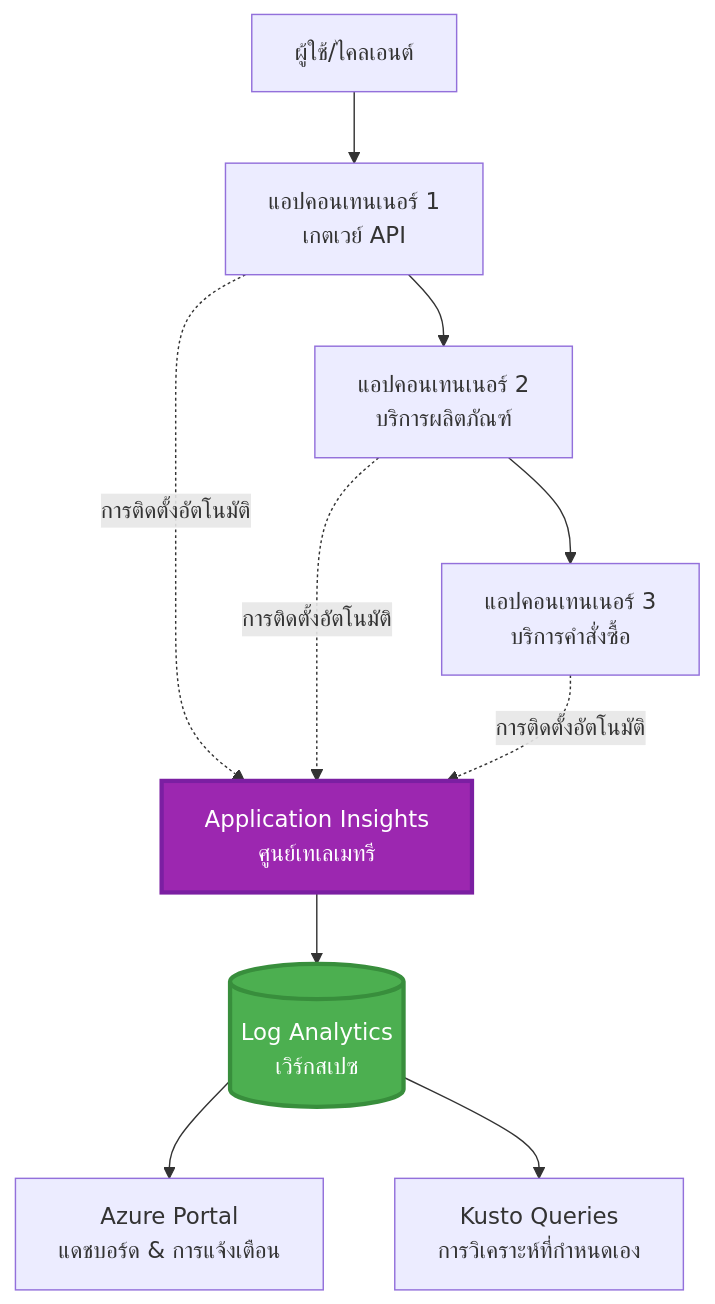
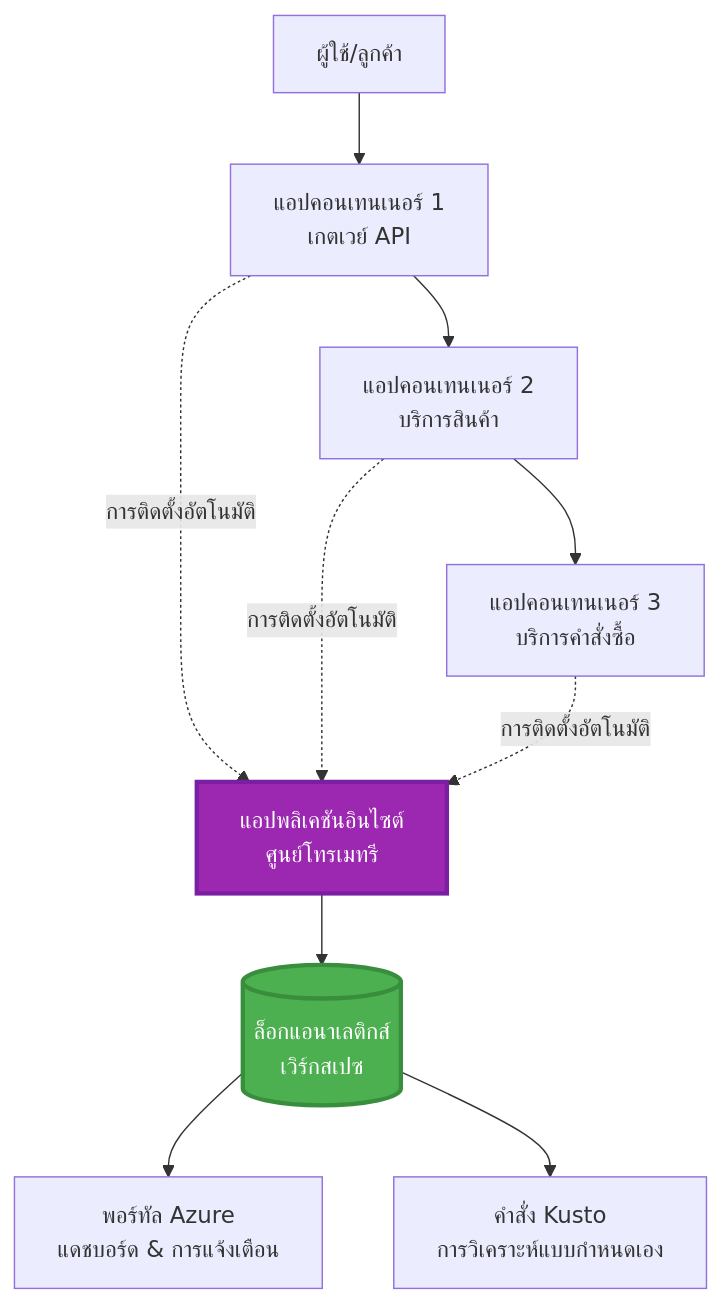
One commit to microsoft/AZD-for-beginners changed the first of 2 diagrams in translations/th/docs/chapter-06-pre-deployment/application-insights.md. Above: the diagram before and after it, drawn with Mermaid. The commit also changed other lines of this file and 101 other files, not shown here.

````diff
--- a/translations/th/docs/chapter-06-pre-deployment/application-insights.md
+++ b/translations/th/docs/chapter-06-pre-deployment/application-insights.md
@@ -58,28 +58,28 @@
 ```mermaid
 graph TB
-    User[ผู้ใช้/ไคลเอนต์]
+    User[ผู้ใช้/ลูกค้า]
     App1[แอปคอนเทนเนอร์ 1<br/>เกตเวย์ API]
-    App2[แอปคอนเทนเนอร์ 2<br/>บริการผลิตภัณฑ์]
+    App2[แอปคอนเทนเนอร์ 2<br/>บริการสินค้า]
     App3[แอปคอนเทนเนอร์ 3<br/>บริการคำสั่งซื้อ]
     
-    AppInsights[Application Insights<br/>ศูนย์เทเลเมทรี]
-    LogAnalytics[(Log Analytics<br/>เวิร์กสเปซ)]
+    AppInsights[แอปพลิเคชันอินไซต์<br/>ศูนย์โทรเมทรี]
+    LogAnalytics[(ล็อกแอนาเลติกส์<br/>เวิร์กสเปซ)]
     
-    Portal[Azure Portal<br/>แดชบอร์ด & การแจ้งเตือน]
-    Query[Kusto Queries<br/>การวิเคราะห์ที่กำหนดเอง]
+    Portal[พอร์ทัล Azure<br/>แดชบอร์ด & การแจ้งเตือน]
+    Query[คำสั่ง Kusto<br/>การวิเคราะห์แบบกำหนดเอง]
     
     User --> App1
     App1 --> App2
     App2 --> App3
     
     App1 -.->|การติดตั้งอัตโนมัติ| AppInsights
     App2 -.->|การติดตั้งอัตโนมัติ| AppInsights
     App3 -.->|การติดตั้งอัตโนมัติ| AppInsights
     
     AppInsights --> LogAnalytics
     LogAnalytics --> Portal
     LogAnalytics --> Query
     
     style AppInsights fill:#9C27B0,stroke:#7B1FA2,stroke-width:3px,color:#fff
     style LogAnalytics fill:#4CAF50,stroke:#388E3C,stroke-width:3px,color:#fff
 ```
````
